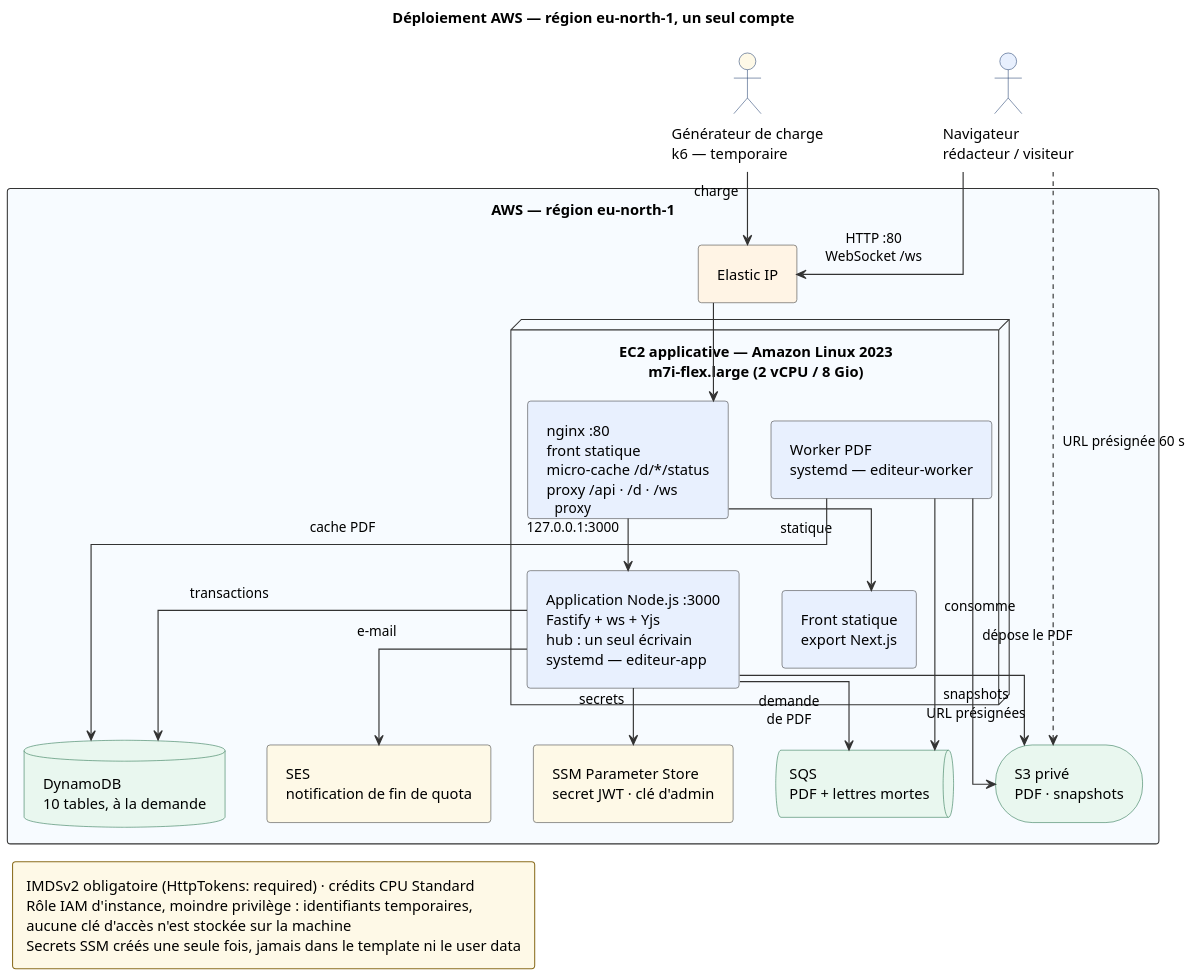
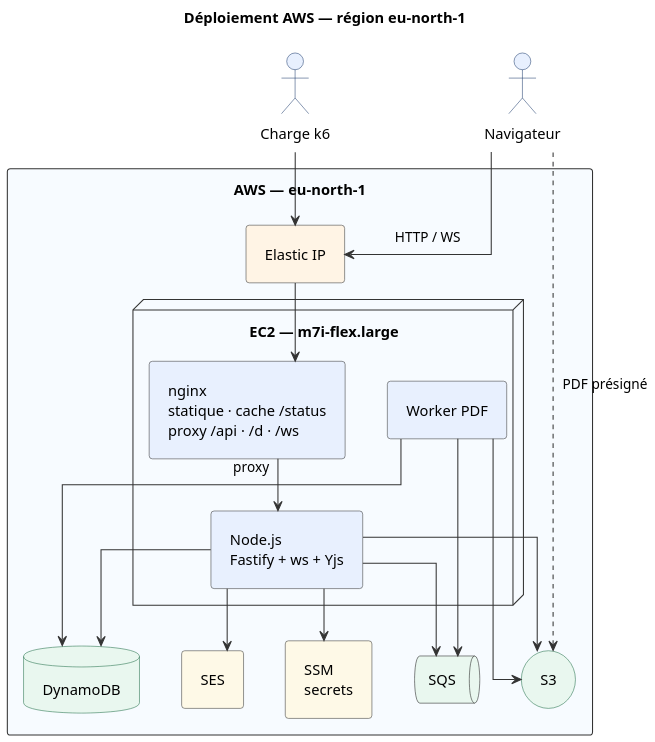
One commit to Djusse/Editeur_Partag- changed the diagram in docs/diagrammes-conception/puml/02-deploiement.puml. Above: the diagram before and after it, drawn with PlantUML. The commit also changed 23 other files, not shown here.

```diff
--- a/docs/diagrammes-conception/puml/02-deploiement.puml
+++ b/docs/diagrammes-conception/puml/02-deploiement.puml
@@ -1,110 +1,66 @@
 @startuml
-' Diagramme de déploiement AWS — figure d'architecture du README.
-'
-' Défauts corrigés par rapport à la version précédente :
-'  1. le type d'instance annoncé était `t3.large` : le déploiement réel utilise
-'     `m7i-flex.large` (2 vCPU / 8 Gio), seul type à la fois éligible au Free
-'     Tier et doté de la mémoire utile à C5 ;
-'  2. les détails de l'instance (IMDSv2, crédits CPU) étaient dans le titre du
-'     noeud, où les flèches entrantes les chevauchaient ; ils passent en légende
-'     détachée ;
-'  3. le rôle IAM était un composant *interne* à l'EC2, ce qui le présentait
-'     comme un processus déployé : c'est une identité attachée ;
-'  4. l'Elastic IP n'était qu'une mention dans un titre alors qu'elle est le
-'     point d'entrée de tout le trafic ;
-'  5. le libellé `SQS PDF + DLQ` débordait du cadre et était tronqué ;
-'  6. les flèches courbes se croisaient au point de rendre la lecture confuse :
-'     `linetype ortho` impose des angles droits, bien plus lisibles pour une
-'     architecture ;
-'  7. les couleurs par défaut de PlantUML (composants jaunes à bordure rouge)
-'     donnaient un aspect « planche d'autocollants » : chaque famille de
-'     ressources a désormais sa teinte, choisie pour rester lisible en
-'     impression noir et blanc.
+' Déploiement AWS — figure du README. Version simple : aucun détail
+' d'exploitation (IMDSv2, crédits CPU, rôle IAM) : ces points sont dans le
+' README et infra/README-infra.md.
 
-' Les couleurs de fond **et** de bordure sont posées famille par famille :
-' ne fixer que le fond laissait les bordures aux teintes par défaut de PlantUML
-' (acteurs magenta, file SQS rouge), ce qui jurait avec le reste.
 skinparam {
   dpi 150
   defaultFontName Arial
   shadowing false
   roundcorner 6
   linetype ortho
   ArrowColor #333333
-  ArrowThickness 1.1
   BackgroundColor white
   nodesep 40
   ranksep 50
   Padding 8
-
   rectangleBackgroundColor white
   rectangleBorderColor #333333
   nodeBackgroundColor #F7FBFF
   nodeBorderColor #333333
   databaseBackgroundColor #E9F7EF
   databaseBorderColor #1E6B45
   storageBackgroundColor #E9F7EF
   storageBorderColor #1E6B45
   queueBackgroundColor #E9F7EF
-  queueBorderColor #1E6B45
   actorBackgroundColor #E8F0FE
   actorBorderColor #1B3A6B
-  componentBackgroundColor #E8F0FE
-  noteBackgroundColor #FEF9E7
-  legendBackgroundColor #FEF9E7
-  legendBorderColor #8A6D1F
 }
 
-title Déploiement AWS — région eu-north-1, un seul compte
+title Déploiement AWS — région eu-north-1
 
-actor "Navigateur\nrédacteur / visiteur" as B #E8F0FE
-actor "Générateur de charge\nk6 — temporaire" as LG #FEF9E7
+actor "Navigateur" as B
+actor "Charge k6" as LG
 
-rectangle "AWS — région eu-north-1" as CLOUD #F7FBFF {
+rectangle "AWS — eu-north-1" #F7FBFF {
 
   rectangle "Elastic IP" as EIP #FFF4E5
 
-  node "EC2 applicative — Amazon Linux 2023\nm7i-flex.large (2 vCPU / 8 Gio)" as EC2 {
-
-    rectangle "nginx :80\nfront statique\nmicro-cache /d/*/status\nproxy /api · /d · /ws" as NG #E8F0FE
-
-    rectangle "Application Node.js :3000\nFastify + ws + Yjs\nhub : un seul écrivain\nsystemd — editeur-app" as APP #E8F0FE
-
-    rectangle "Front statique\nexport Next.js" as FS #E8F0FE
-
-    rectangle "Worker PDF\nsystemd — editeur-worker" as WK #E8F0FE
+  node "EC2 — m7i-flex.large" as EC2 {
+    rectangle "nginx\nstatique · cache /status\nproxy /api · /d · /ws" as NG #E8F0FE
+    rectangle "Node.js\nFastify + ws + Yjs" as APP #E8F0FE
+    rectangle "Worker PDF" as WK #E8F0FE
   }
 
-  database "DynamoDB\n10 tables, à la demande" as DDB
-  storage "S3 privé\nPDF · snapshots" as S3
-  queue "SQS\nPDF + lettres mortes" as SQS
-  rectangle "SES\nnotification de fin de quota" as SES #FEF9E7
-  rectangle "SSM Parameter Store\nsecret JWT · clé d'admin" as SSM #FEF9E7
+  database "DynamoDB" as DDB
+  storage "S3" as S3
+  queue "SQS" as SQS
+  rectangle "SES" as SES #FEF9E7
+  rectangle "SSM\nsecrets" as SSM #FEF9E7
 }
 
-B --> EIP : HTTP :80\nWebSocket /ws
-LG --> EIP : charge
+B --> EIP : HTTP / WS
+LG --> EIP
 EIP --> NG
-NG --> FS : statique
-NG --> APP : proxy\n127.0.0.1:3000
-
-APP --> DDB : transactions
-APP --> S3 : snapshots\nURL présignées
-APP --> SQS : demande\nde PDF
-APP --> SES : e-mail
-APP --> SSM : secrets
-
-WK --> SQS : consomme
-WK --> S3 : dépose le PDF
-WK --> DDB : cache PDF
-
-B ..> S3 : URL présignée 60 s
-
-legend bottom left
-  IMDSv2 obligatoire (HttpTokens: required) · crédits CPU Standard
-  Rôle IAM d'instance, moindre privilège : identifiants temporaires,
-  aucune clé d'accès n'est stockée sur la machine
-  Secrets SSM créés une seule fois, jamais dans le template ni le user data
-end legend
+NG --> APP : proxy
+APP --> DDB
+APP --> S3
+APP --> SQS
+APP --> SES
+APP --> SSM
+WK --> SQS
+WK --> S3
+WK --> DDB
+B ..> S3 : PDF présigné
 
 @enduml
```
